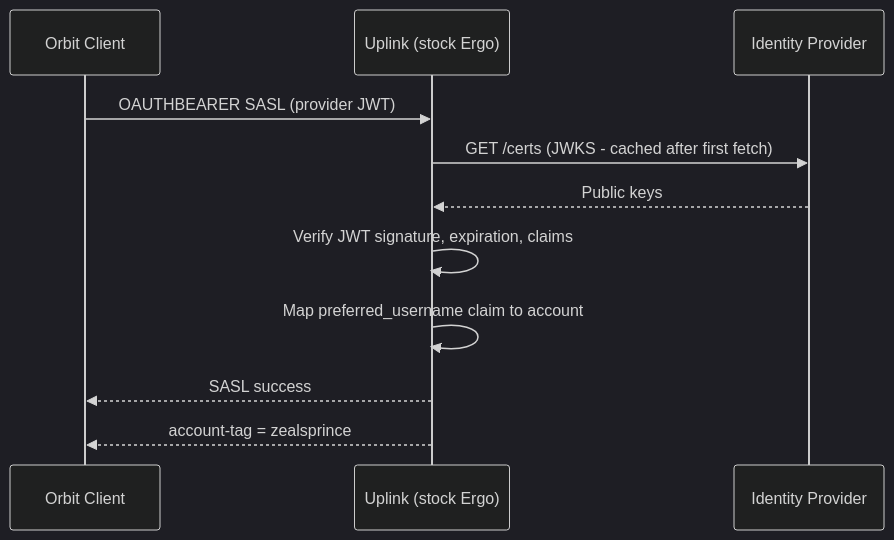
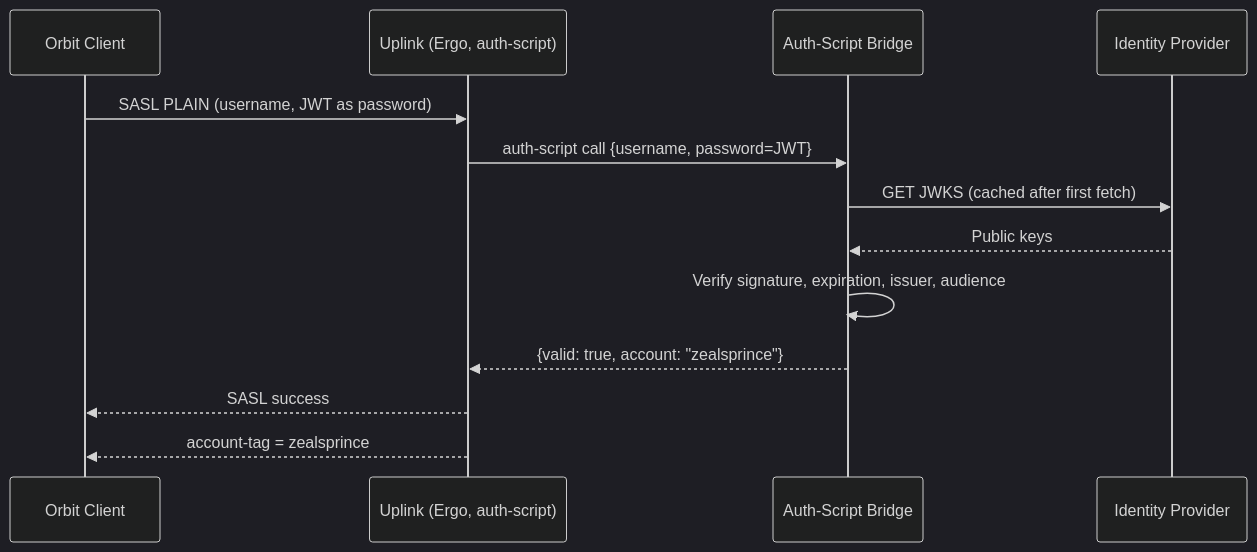
Before and after one commit to hivecom/orbit-spec: the fourth of 5 diagrams in spec/02-components/04-transponder.md, drawn with Mermaid (dark theme). The commit also changed other lines of this file and 8 other files, not shown here.

Commit message:
Clarify JWT verification paths: bridge and native

````diff
--- a/spec/02-components/04-transponder.md
+++ b/spec/02-components/04-transponder.md
@@ -116,14 +121,16 @@
 ```mermaid
 sequenceDiagram
     participant C as Orbit Client
-    participant GC as Uplink (stock Ergo)
+    participant GC as Uplink (Ergo, auth-script)
+    participant B as Auth-Script Bridge
     participant IdP as Identity Provider
 
-    C->>GC: OAUTHBEARER SASL (provider JWT)
-    GC->>IdP: GET /certs (JWKS - cached after first fetch)
-    IdP-->>GC: Public keys
-    GC->>GC: Verify JWT signature, expiration, claims
-    GC->>GC: Map preferred_username claim to account
+    C->>GC: SASL PLAIN (username, JWT as password)
+    GC->>B: auth-script call {username, password=JWT}
+    B->>IdP: GET JWKS (cached after first fetch)
+    IdP-->>B: Public keys
+    B->>B: Verify signature, expiration, issuer, audience
+    B-->>GC: {valid: true, account: "zealsprince"}
     GC-->>C: SASL success
     GC-->>C: account-tag = zealsprince
 ```
````
